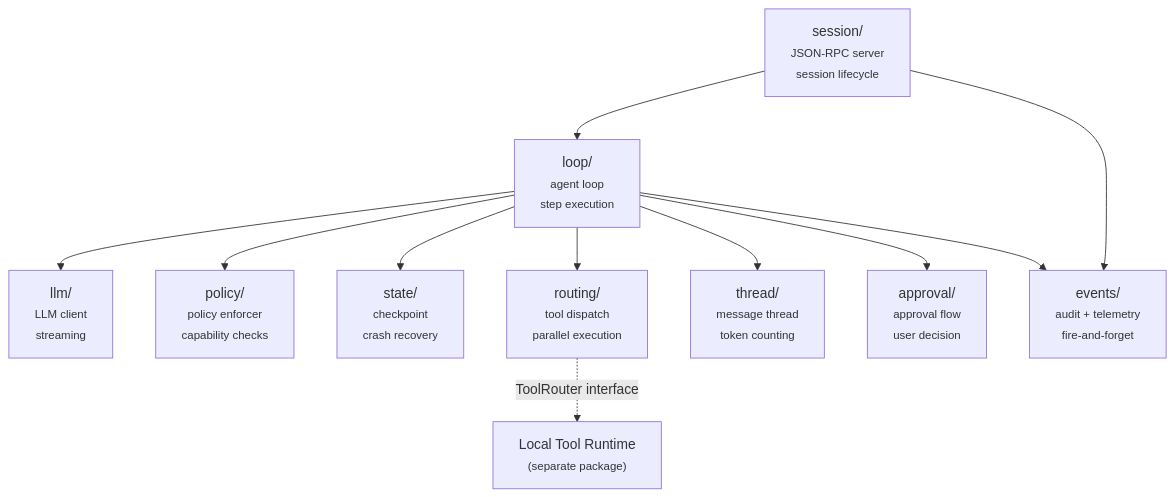
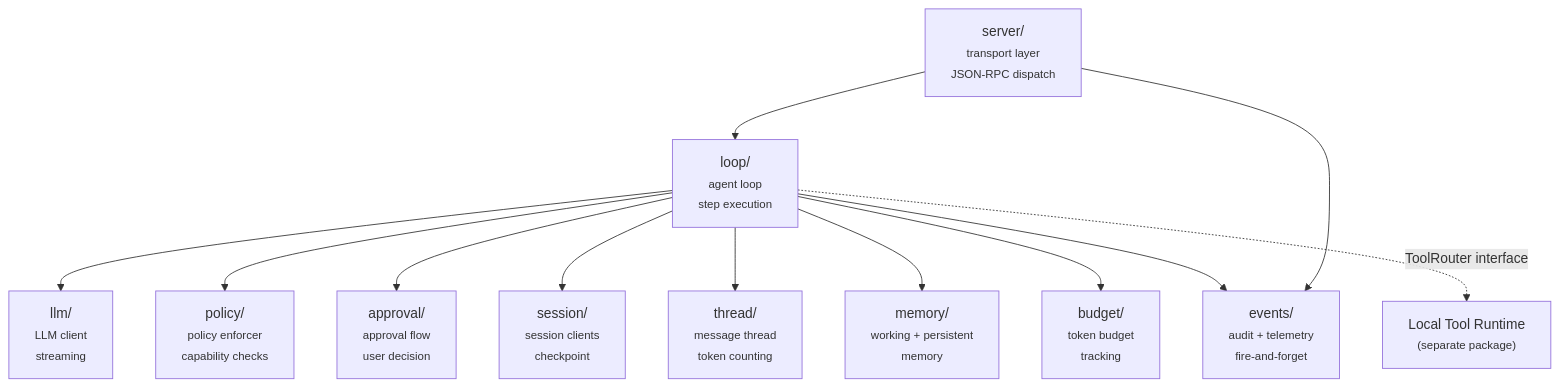
Before and after one commit to suman724/cowork-infra: the second of 6 diagrams in docs/components/local-agent-host.md, drawn with Mermaid. The commit also changed other lines of this file and 10 other files, not shown here.

````diff
--- a/docs/components/local-agent-host.md
+++ b/docs/components/local-agent-host.md
@@ -91,23 +91,25 @@
 ```mermaid
 flowchart TD
-  session["session/<br/><small>JSON-RPC server<br/>session lifecycle</small>"]
+  server["server/<br/><small>transport layer<br/>JSON-RPC dispatch</small>"]
+  session["session/<br/><small>session clients<br/>checkpoint</small>"]
   loop["loop/<br/><small>agent loop<br/>step execution</small>"]
   llm["llm/<br/><small>LLM client<br/>streaming</small>"]
   policy["policy/<br/><small>policy enforcer<br/>capability checks</small>"]
-  state["state/<br/><small>checkpoint<br/>crash recovery</small>"]
-  routing["routing/<br/><small>tool dispatch<br/>parallel execution</small>"]
   thread["thread/<br/><small>message thread<br/>token counting</small>"]
+  memory["memory/<br/><small>working + persistent<br/>memory</small>"]
   approval["approval/<br/><small>approval flow<br/>user decision</small>"]
+  budget["budget/<br/><small>token budget<br/>tracking</small>"]
   events["events/<br/><small>audit + telemetry<br/>fire-and-forget</small>"]
 
-  session --> loop
+  server --> loop
   loop --> llm
-  loop --> routing
   loop --> policy
   loop --> approval
-  loop --> state
+  loop --> session
   loop --> thread
+  loop --> memory
+  loop --> budget
   loop --> events
-  session --> events
-  routing -. "ToolRouter interface" .-> TR["Local Tool Runtime<br/><small>(separate package)</small>"]
+  server --> events
+  loop -. "ToolRouter interface" .-> TR["Local Tool Runtime<br/><small>(separate package)</small>"]
 ```
````
